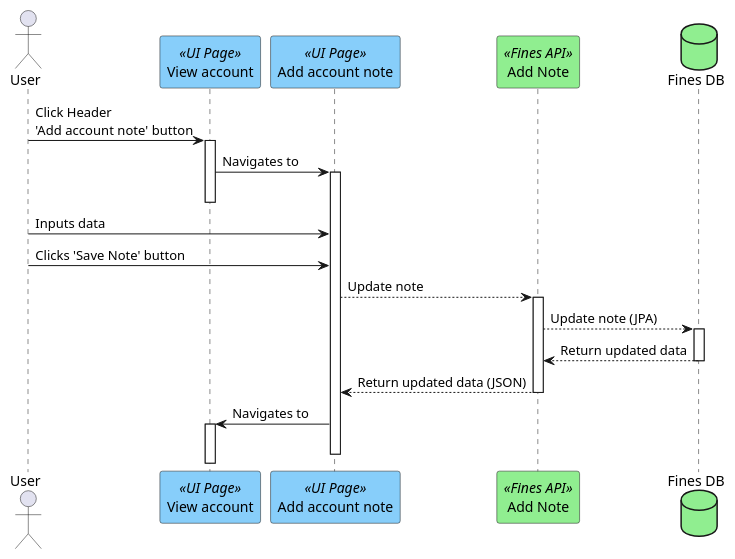
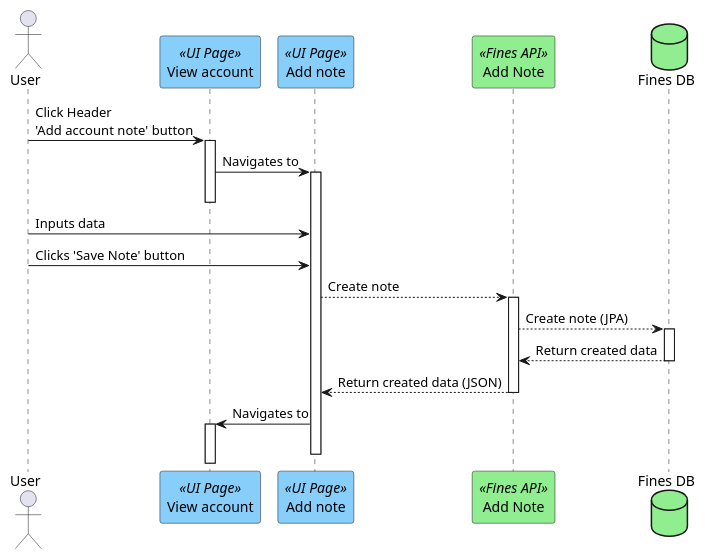
Before and after one commit to hmcts/opal-docs: the diagram in plantUML/fae-view-defendant-account-summary/fae-add-notes.puml, drawn with PlantUML. The commit also changed 1 other file, not shown here.

Commit message:
view def account summary, amend comments and notes

```diff
--- a/plantUML/fae-view-defendant-account-summary/fae-add-notes.puml
+++ b/plantUML/fae-view-defendant-account-summary/fae-add-notes.puml
@@ -1,23 +1,23 @@
 @startuml
 actor "User" as user
 participant "View account" as viewAccount <<UI Page>> #lightskyblue
-participant "Add account note" as notes <<UI Page>> #lightskyblue
+participant "Add note" as notes <<UI Page>> #lightskyblue
 participant "Add Note" as postNote <<Fines API>> #lightgreen
 database "Fines DB" as db #lightgreen
 
 
 user ->  viewAccount ++ : Click Header \n'Add account note' button
 viewAccount -> notes ++ :Navigates to
 deactivate viewAccount
 user ->  notes : Inputs data
 user ->  notes : Clicks 'Save Note' button
-notes --> postNote ++: Update note
-postNote --> db ++: Update note (JPA)
-db --> postNote: Return updated data
+notes --> postNote ++: Create note
+postNote --> db ++: Create note (JPA)
+db --> postNote: Return created data
 deactivate db
-postNote --> notes : Return updated data (JSON)
+postNote --> notes : Return created data (JSON)
 deactivate postNote
 notes -> viewAccount ++: Navigates to
 deactivate notes
 
 @enduml
```
